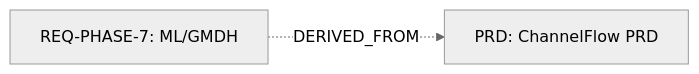
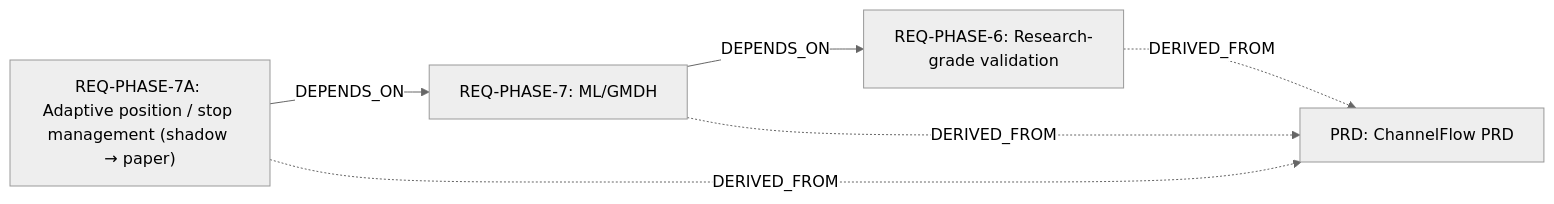
One commit to nikshev/market-forge changed the ninth of 11 diagrams in vault/00-index/Traceability Dashboard.md. Above: the diagram before and after it, drawn with Mermaid (neutral theme). The commit also changed other lines of this file, not shown here.

````diff
--- a/vault/00-index/Traceability Dashboard.md
+++ b/vault/00-index/Traceability Dashboard.md
@@ -185,6 +230,12 @@
 ```mermaid
 graph LR
   PRD["PRD: ChannelFlow PRD"]
+  REQ_PHASE_6["REQ-PHASE-6: Research-grade validation"]
   REQ_PHASE_7["REQ-PHASE-7: ML/GMDH"]
+  REQ_PHASE_7A["REQ-PHASE-7A: Adaptive position / stop management (shadow → paper)"]
+  REQ_PHASE_7 -->|DEPENDS_ON| REQ_PHASE_6
+  REQ_PHASE_7A -->|DEPENDS_ON| REQ_PHASE_7
+  REQ_PHASE_6 -.->|DERIVED_FROM| PRD
   REQ_PHASE_7 -.->|DERIVED_FROM| PRD
+  REQ_PHASE_7A -.->|DERIVED_FROM| PRD
 ```
````
